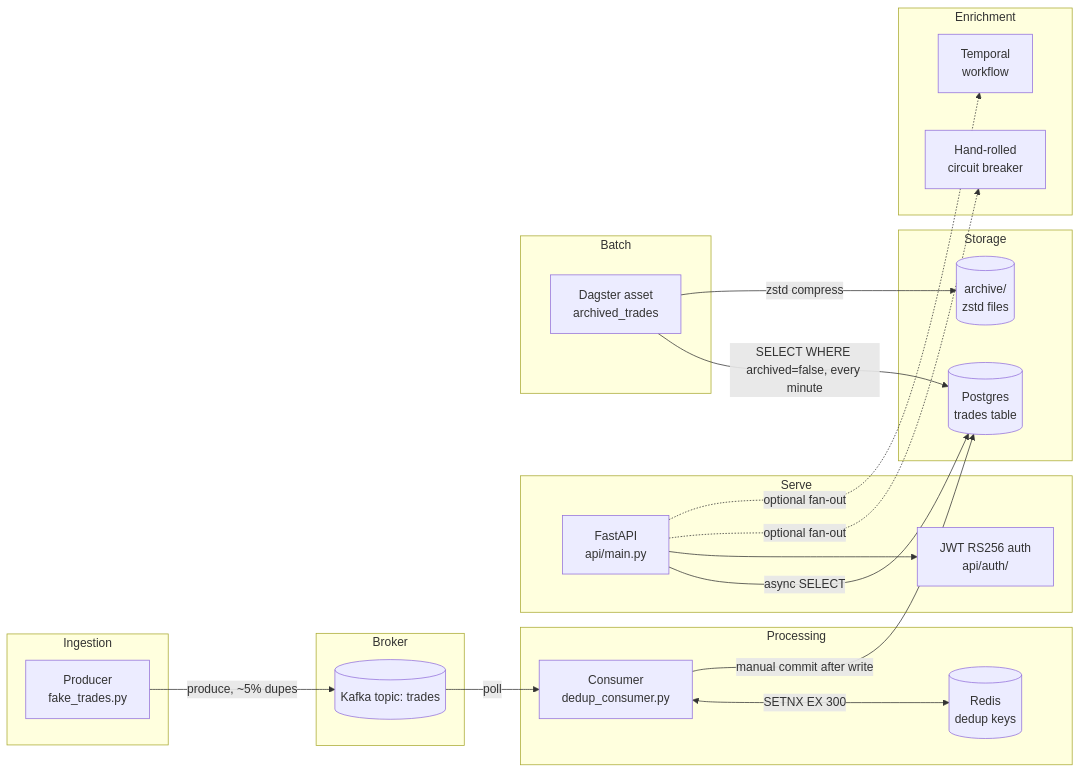
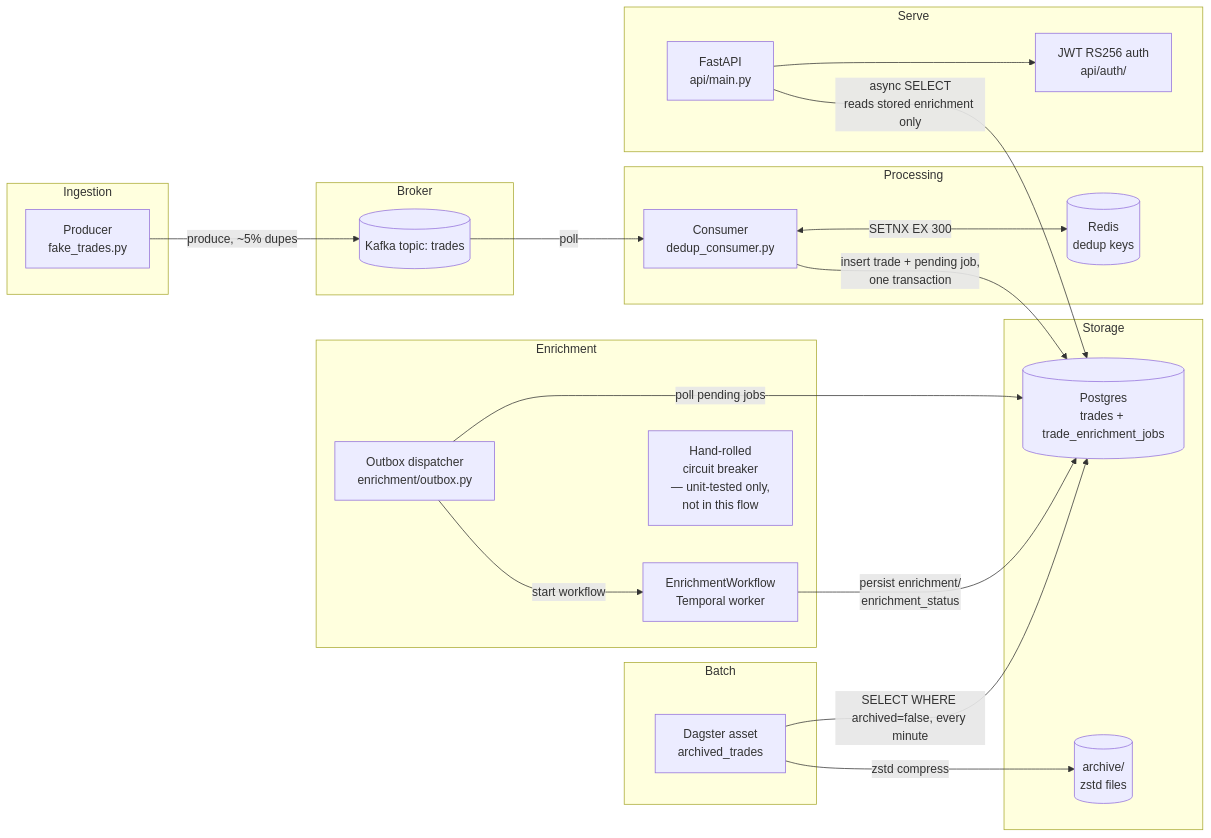
One commit to rajubhimani/trade-pipeline changed the diagram in docs/walkthrough/README.md. Above: the diagram before and after it, drawn with Mermaid. The commit also changed other lines of this file and 6 other files, not shown here.

First line of the commit message:
docs: fix stale architecture diagrams and remaining factual drift

````diff
--- a/docs/walkthrough/README.md
+++ b/docs/walkthrough/README.md
@@ -29,48 +29,51 @@
 ```mermaid
 flowchart LR
     subgraph Ingestion
         P[Producer<br/>fake_trades.py]
     end
     subgraph Broker
         K[(Kafka topic: trades)]
     end
     subgraph Processing
         C[Consumer<br/>dedup_consumer.py]
         R[(Redis<br/>dedup keys)]
     end
     subgraph Storage
-        PG[(Postgres<br/>trades table)]
+        PG[(Postgres<br/>trades + trade_enrichment_jobs)]
         ARC[(archive/<br/>zstd files)]
     end
     subgraph Serve
         API[FastAPI<br/>api/main.py]
         AUTH[JWT RS256 auth<br/>api/auth/]
     end
     subgraph Enrichment
-        HR[Hand-rolled<br/>circuit breaker]
-        TW[Temporal<br/>workflow]
+        OB[Outbox dispatcher<br/>enrichment/outbox.py]
+        TW[EnrichmentWorkflow<br/>Temporal worker]
+        HR[Hand-rolled<br/>circuit breaker<br/>— unit-tested only,<br/>not in this flow]
     end
     subgraph Batch
         DAG[Dagster asset<br/>archived_trades]
     end
 
     P -->|produce, ~5% dupes| K
     K -->|poll| C
     C <-->|SETNX EX 300| R
-    C -->|manual commit after write| PG
-    API -->|async SELECT| PG
+    C -->|insert trade + pending job,<br/>one transaction| PG
+    OB -->|poll pending jobs| PG
+    OB -->|start workflow| TW
+    TW -->|persist enrichment/<br/>enrichment_status| PG
+    API -->|async SELECT<br/>reads stored enrichment only| PG
     API --> AUTH
-    API -.optional fan-out.-> HR
-    API -.optional fan-out.-> TW
     DAG -->|SELECT WHERE archived=false, every minute| PG
     DAG -->|zstd compress| ARC
 
     click P "02-producer.md" "Producer walkthrough"
     click C "03-consumer-and-storage.md" "Consumer walkthrough"
     click PG "03-consumer-and-storage.md" "Storage walkthrough"
     click API "04-api-and-auth.md" "API walkthrough"
+    click OB "05-enrichment.md" "Enrichment walkthrough"
+    click TW "05-enrichment.md" "Enrichment walkthrough"
     click HR "05-enrichment.md" "Enrichment walkthrough"
-    click TW "05-enrichment.md" "Enrichment walkthrough"
     click DAG "06-dagster-archival.md" "Dagster archival walkthrough"
     click ARC "06-dagster-archival.md" "Dagster archival walkthrough"
 ```
````
